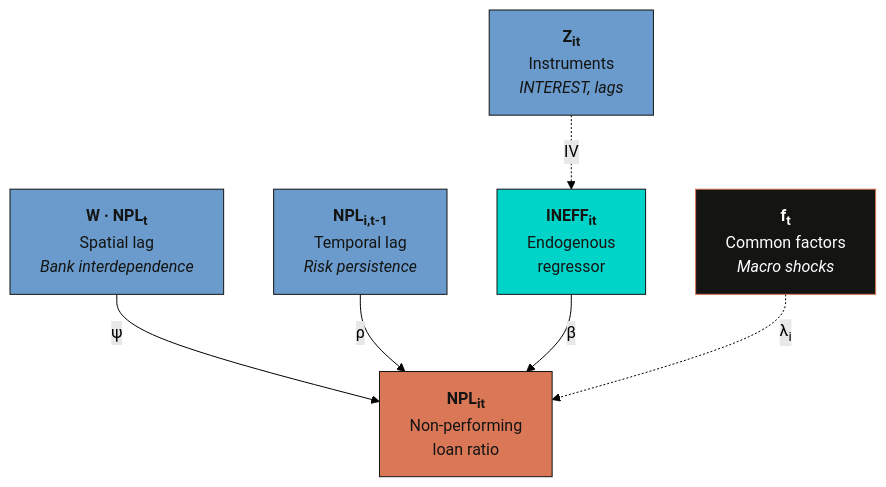
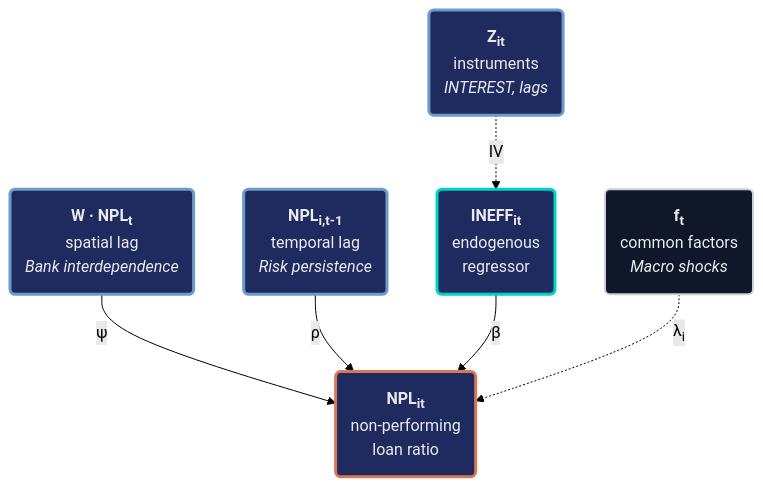
The first of 4 diagrams in content/post/stata_spxtivdfreg/index.md (cmg777/starter-academic-v501), drawn with Mermaid (forest theme) before and after one commit. The commit also changed other lines of this file and 10 other files, not shown here.

First line of the commit message:
content(mermaid): restyle flowcharts in Stata posts (batch 2 of 2) and the EM publication (EN/ES/JA); add log

````diff
--- a/content/post/stata_spxtivdfreg/index.md
+++ b/content/post/stata_spxtivdfreg/index.md
@@ -248,22 +248,23 @@
 ```mermaid
 graph TD
-    Y["<b>NPL<sub>it</sub></b><br/>Non-performing<br/>loan ratio"]
-    WY["<b>W · NPL<sub>t</sub></b><br/>Spatial lag<br/><i>Bank interdependence</i>"]
-    LY["<b>NPL<sub>i,t-1</sub></b><br/>Temporal lag<br/><i>Risk persistence</i>"]
-    X["<b>INEFF<sub>it</sub></b><br/>Endogenous<br/>regressor"]
-    F["<b>f<sub>t</sub></b><br/>Common factors<br/><i>Macro shocks</i>"]
-    Z["<b>Z<sub>it</sub></b><br/>Instruments<br/><i>INTEREST, lags</i>"]
+    Y("<b>NPL<sub>it</sub></b><br/>non-performing<br/>loan ratio")
+    WY("<b>W · NPL<sub>t</sub></b><br/>spatial lag<br/><i>Bank interdependence</i>")
+    LY("<b>NPL<sub>i,t-1</sub></b><br/>temporal lag<br/><i>Risk persistence</i>")
+    X("<b>INEFF<sub>it</sub></b><br/>endogenous<br/>regressor")
+    F("<b>f<sub>t</sub></b><br/>common factors<br/><i>Macro shocks</i>")
+    Z("<b>Z<sub>it</sub></b><br/>instruments<br/><i>INTEREST, lags</i>")
 
     WY -->|"ψ"| Y
     LY -->|"ρ"| Y
     X -->|"β"| Y
     F -.->|"λ<sub>i</sub>"| Y
     Z -.->|"IV"| X
-
-    style Y fill:#d97757,stroke:#141413,color:#141413
-    style WY fill:#6a9bcc,stroke:#141413,color:#141413
-    style LY fill:#6a9bcc,stroke:#141413,color:#141413
-    style X fill:#00d4c8,stroke:#141413,color:#141413
-    style F fill:#141413,stroke:#d97757,color:#fff
-    style Z fill:#6a9bcc,stroke:#141413,color:#141413
+    classDef orange fill:#1f2b5e,stroke:#d97757,stroke-width:3px,color:#e8ecf2
+    classDef blue fill:#1f2b5e,stroke:#6a9bcc,stroke-width:3px,color:#e8ecf2
+    classDef teal fill:#1f2b5e,stroke:#00d4c8,stroke-width:3px,color:#e8ecf2
+    classDef anchor fill:#0f1729,stroke:#c8d0e0,stroke-width:2px,color:#e8ecf2
+    class Y orange
+    class WY,LY,Z blue
+    class X teal
+    class F anchor
 ```
````
